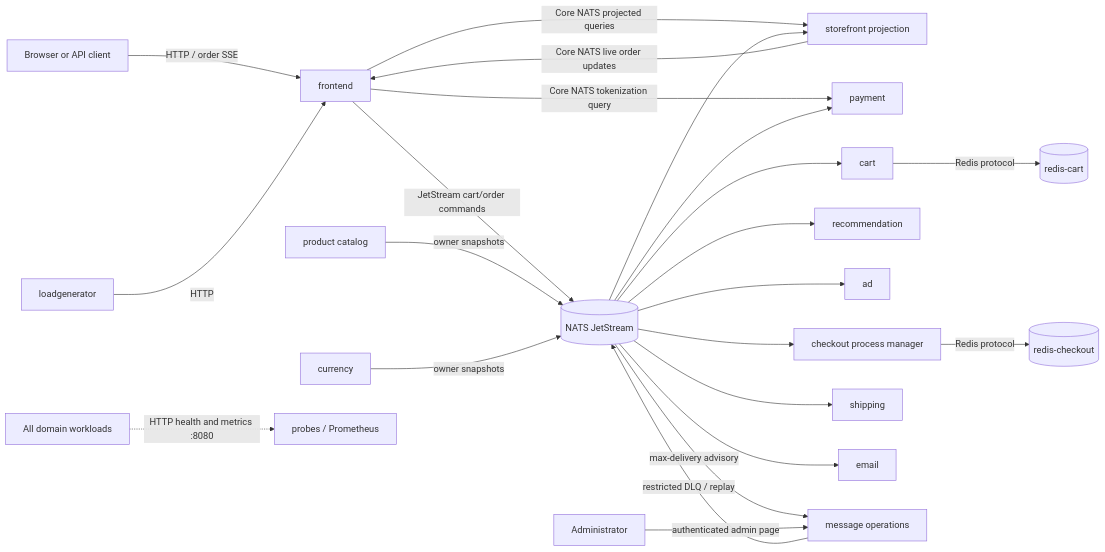
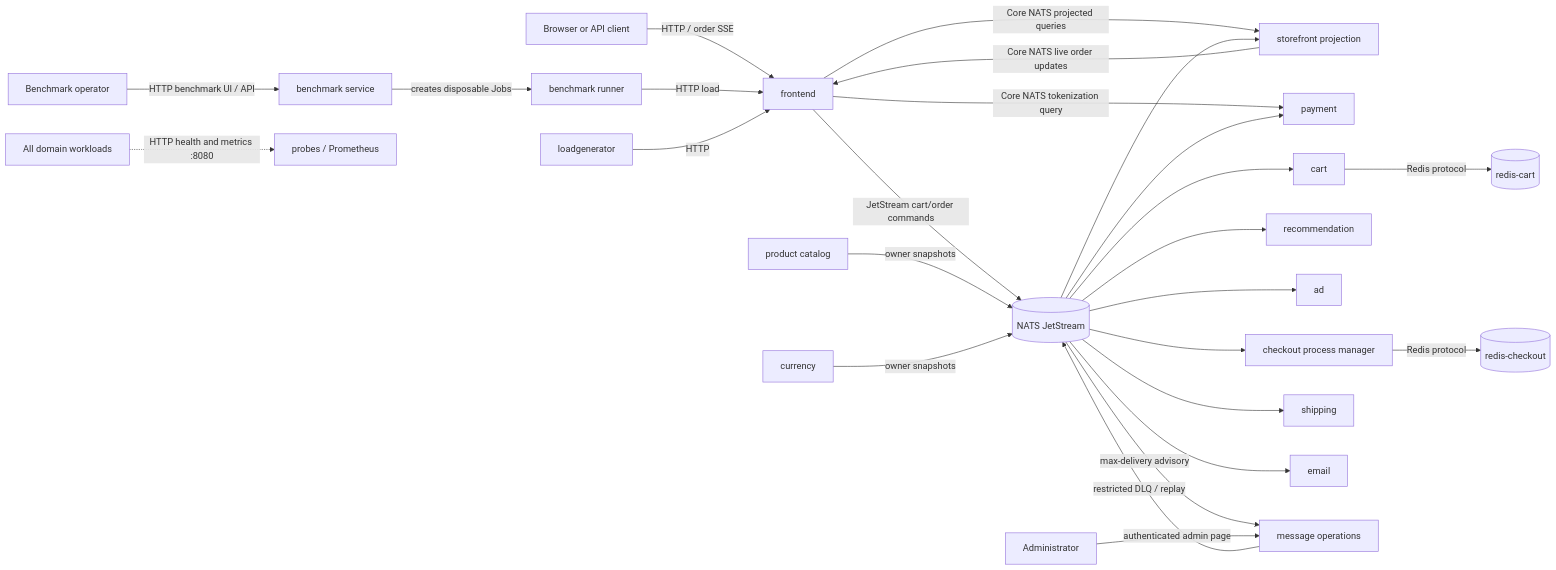
The first of 2 diagrams in docs/current-service-interactions.md (Matslo1234/microservices-demo-nats), drawn with Mermaid before and after one commit. The commit also changed other lines of this file and 53 other files, not shown here.

````diff
--- a/docs/current-service-interactions.md
+++ b/docs/current-service-interactions.md
@@ -12,28 +12,31 @@
 ```mermaid
 flowchart LR
     User[Browser or API client] -->|HTTP / order SSE| FE[frontend]
+    Operator[Benchmark operator] -->|HTTP benchmark UI / API| Benchmark[benchmark service]
+    Benchmark -->|creates disposable Jobs| Runner[benchmark runner]
+    Runner -->|HTTP load| FE
     Load[loadgenerator] -->|HTTP| FE
 
     FE -->|Core NATS projected queries| Projection[storefront projection]
     Projection -->|Core NATS live order updates| FE
     FE -->|JetStream cart/order commands| NATS[(NATS JetStream)]
     FE -->|Core NATS tokenization query| Payment[payment]
 
     Catalog[product catalog] -->|owner snapshots| NATS
     Currency[currency] -->|owner snapshots| NATS
     NATS --> Cart[cart]
     NATS --> Recommendation[recommendation]
     NATS --> Ad[ad]
     NATS --> Checkout[checkout process manager]
     NATS --> Shipping[shipping]
     NATS --> Payment
     NATS --> Email[email]
     NATS --> Projection
     NATS -->|max-delivery advisory| MessageOps[message operations]
     MessageOps -->|restricted DLQ / replay| NATS
     Admin[Administrator] -->|authenticated admin page| MessageOps
     Cart -->|Redis protocol| CartRedis[(redis-cart)]
     Checkout -->|Redis protocol| CheckoutRedis[(redis-checkout)]
 
     Apps[All domain workloads] -.->|HTTP health and metrics :8080| Monitor[probes / Prometheus]
 ```
````
